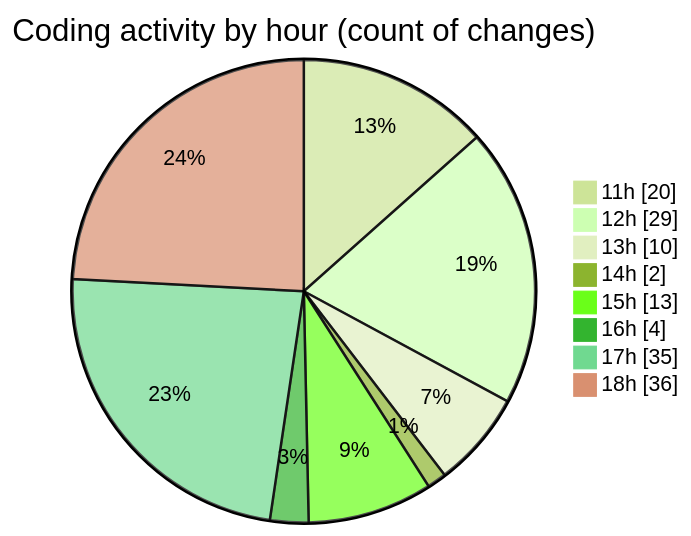
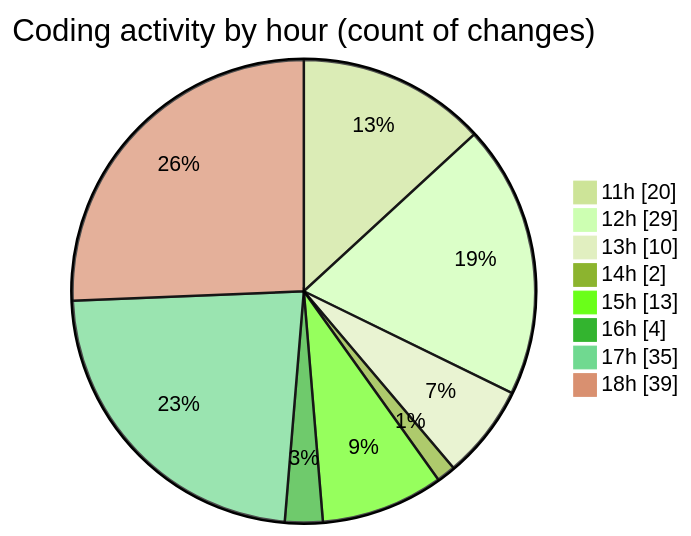
One commit to nxtqubesakshisongat/code-tracking changed the second of 2 diagrams in 2025-12-11/nxtqube_webapp/README.md. Above: the diagram before and after it, drawn with Mermaid (forest theme). The commit also changed other lines of this file and 1 other file, not shown here.

````diff
--- a/2025-12-11/nxtqube_webapp/README.md
+++ b/2025-12-11/nxtqube_webapp/README.md
@@ -43,12 +43,12 @@
 ```mermaid
 pie showData
 title Coding activity by hour (count of changes)
 "11h" : 20
 "12h" : 29
 "13h" : 10
 "14h" : 2
 "15h" : 13
 "16h" : 4
 "17h" : 35
-"18h" : 36
+"18h" : 39
 ```
````
